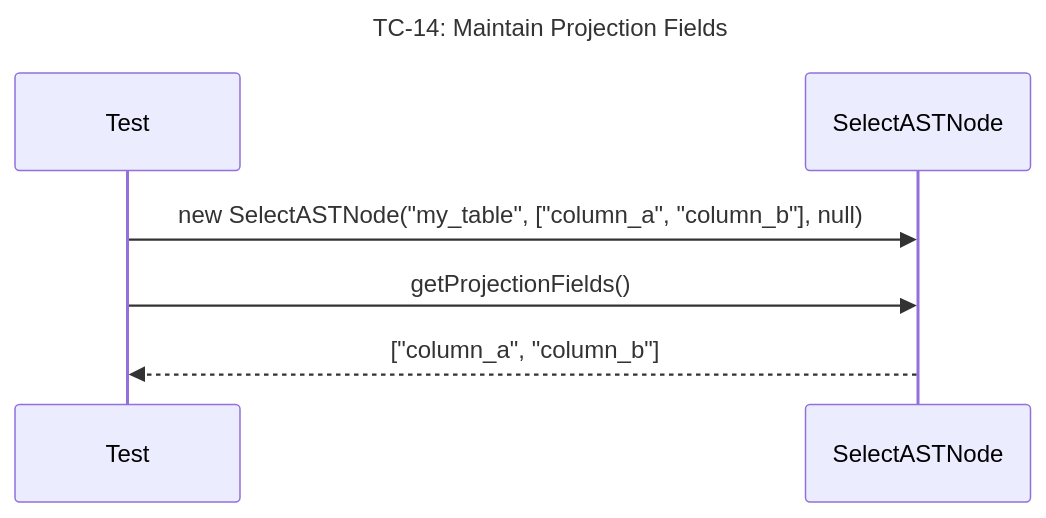
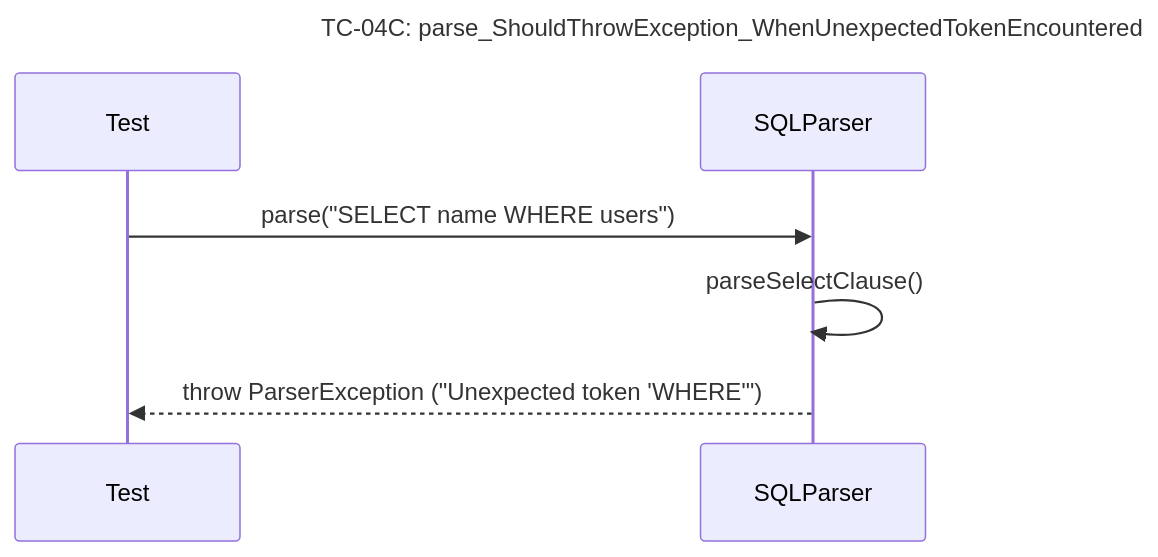
One commit to Dikhang1112/Database_Management_BBV changed diagram 18 of 41 in docs/unit_test/query_prossor/SequeceTestCase.md. Above: the diagram before and after it, drawn with Mermaid. The commit also changed other lines of this file and 6 other files, not shown here.

Commit message:
Add docs sequece diagram and scenario testcase

````diff
--- a/docs/unit_test/query_prossor/SequeceTestCase.md
+++ b/docs/unit_test/query_prossor/SequeceTestCase.md
@@ -237,10 +245,10 @@
 ```mermaid
 sequenceDiagram
-    title TC-14: Maintain Projection Fields
+    title TC-04C: parse_ShouldThrowException_WhenUnexpectedTokenEncountered
     participant Test
-    participant SelectASTNode
+    participant SQLParser
 
-    Test->>SelectASTNode: new SelectASTNode("my_table", ["column_a", "column_b"], null)
-    Test->>SelectASTNode: getProjectionFields()
-    SelectASTNode-->>Test: ["column_a", "column_b"]
+    Test->>SQLParser: parse("SELECT name WHERE users")
+    SQLParser->>SQLParser: parseSelectClause()
+    SQLParser-->>Test: throw ParserException ("Unexpected token 'WHERE'")
 ```
````
